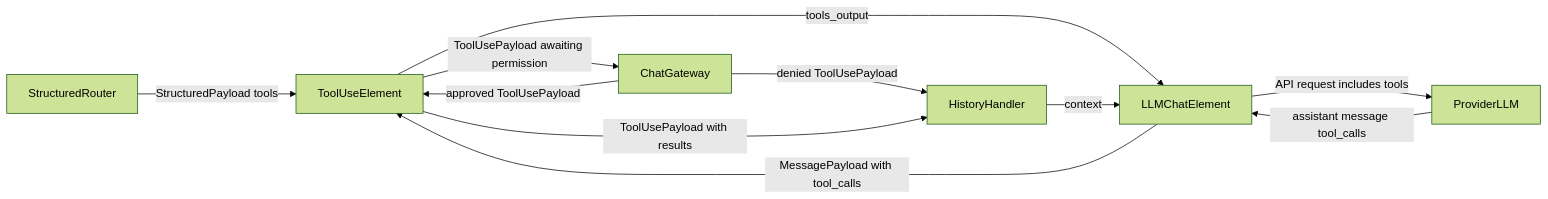
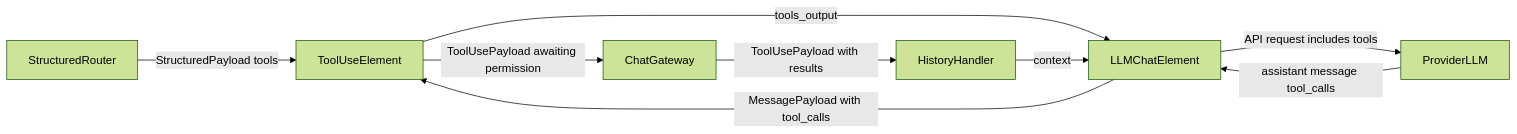
The diagram in docs/elements/ToolUseElement/index.qmd (Prudent-Patterns/pyllments), drawn with Mermaid (forest theme) before and after one commit. The commit also changed other lines of this file and 32 other files, not shown here.

````diff
--- a/docs/elements/ToolUseElement/index.qmd
+++ b/docs/elements/ToolUseElement/index.qmd
@@ -15,13 +15,11 @@
 ```mermaid
 flowchart LR
     ToolUseElement -->|tools_output| LLMChatElement
     LLMChatElement -->|API request includes tools| ProviderLLM
     ProviderLLM -->|assistant message tool_calls| LLMChatElement
     LLMChatElement -->|MessagePayload with tool_calls| ToolUseElement
     StructuredRouter -->|StructuredPayload tools| ToolUseElement
     ToolUseElement -->|ToolUsePayload awaiting permission| ChatGateway
-    ChatGateway -->|approved ToolUsePayload| ToolUseElement
-    ChatGateway -->|denied ToolUsePayload| HistoryHandler
-    ToolUseElement -->|ToolUsePayload with results| HistoryHandler
+    ChatGateway -->|ToolUsePayload with results| HistoryHandler
     HistoryHandler -->|context| LLMChatElement
 ```
````
